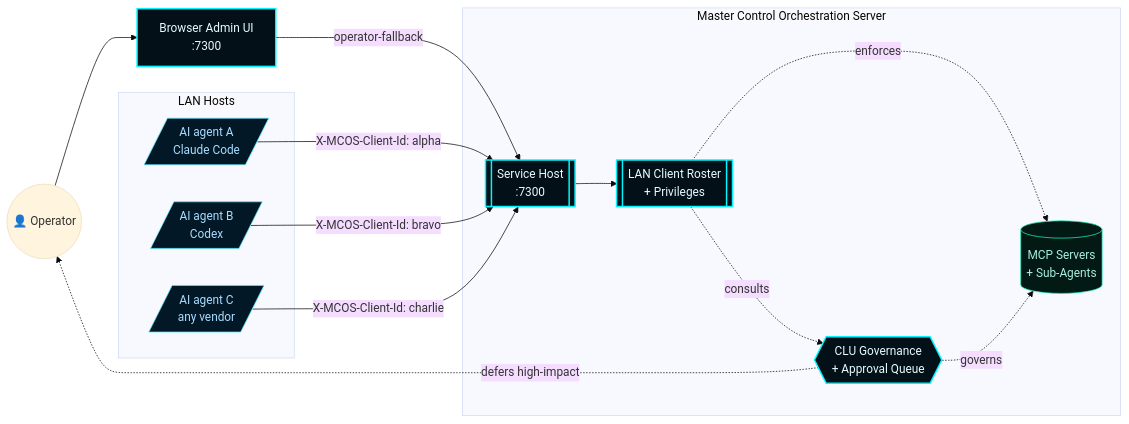
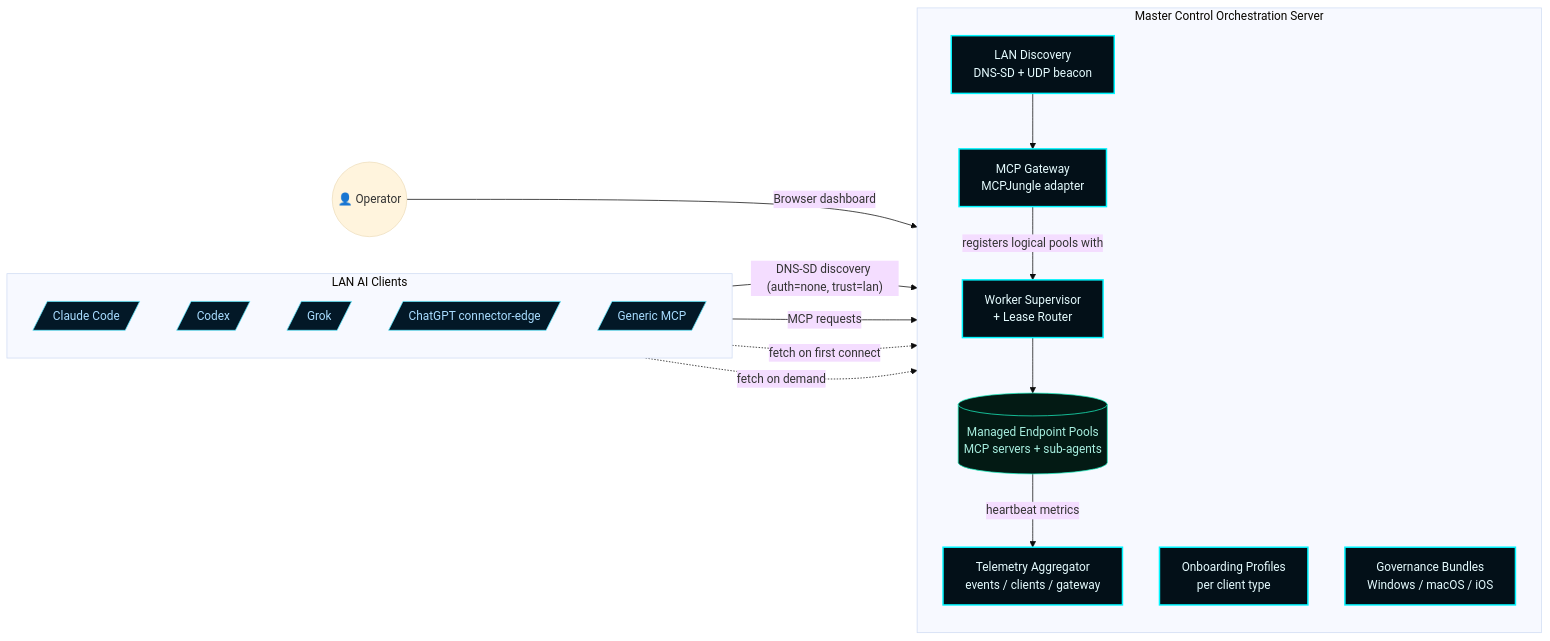
The diagram in docs/wiki/Home.md (flynn33/Master-Control-Orchestration-Server), drawn with Mermaid (base theme) before and after one commit. The commit also changed other lines of this file and 15 other files, not shown here.

````diff
--- a/docs/wiki/Home.md
+++ b/docs/wiki/Home.md
@@ -16,35 +16,39 @@
 ```mermaid
 flowchart LR
     classDef accent fill:#031018,stroke:#00F6FF,color:#E6FCFF,stroke-width:2px;
     classDef faint fill:#0a1018,stroke:#5A00E8,color:#8CB7C4;
     classDef client fill:#031827,stroke:#5AE8FF,color:#A8DCFF;
     classDef good fill:#031a14,stroke:#1cf2c1,color:#a8efe0;
 
     Operator((👤 Operator))
-    Browser[Browser Admin UI<br/>:7300]:::accent
 
-    subgraph Hosts[LAN Hosts]
-        AgentA[/AI agent A<br/>Claude Code/]:::client
-        AgentB[/AI agent B<br/>Codex/]:::client
-        AgentC[/AI agent C<br/>any vendor/]:::client
+    subgraph LANClients[LAN AI Clients]
+        direction TB
+        ClaudeCode[/Claude Code/]:::client
+        Codex[/Codex/]:::client
+        Grok[/Grok/]:::client
+        ChatGPT[/ChatGPT connector-edge/]:::client
+        Generic[/Generic MCP/]:::client
     end
 
     subgraph MCOS[Master Control Orchestration Server]
-        Service[[Service Host<br/>:7300]]:::accent
-        Identity[[LAN Client Roster<br/>+ Privileges]]:::accent
-        Catalog[(MCP Servers<br/>+ Sub-Agents)]:::good
-        CLU{{CLU Governance<br/>+ Approval Queue}}:::accent
+        direction TB
+        Discovery[LAN Discovery<br/>DNS-SD + UDP beacon]:::accent
+        Gateway[MCP Gateway<br/>MCPJungle adapter]:::accent
+        Onboarding[Onboarding Profiles<br/>per client type]:::accent
+        Governance[Governance Bundles<br/>Windows / macOS / iOS]:::accent
+        Supervisor[Worker Supervisor<br/>+ Lease Router]:::accent
+        Telemetry[Telemetry Aggregator<br/>events / clients / gateway]:::accent
+        Pools[(Managed Endpoint Pools<br/>MCP servers + sub-agents)]:::good
     end
 
-    Operator --> Browser
-    Browser -- "operator-fallback" --> Service
-    AgentA -- "X-MCOS-Client-Id: alpha" --> Service
-    AgentB -- "X-MCOS-Client-Id: bravo" --> Service
-    AgentC -- "X-MCOS-Client-Id: charlie" --> Service
-
-    Service --> Identity
-    Identity -. enforces .-> Catalog
-    Identity -. consults .-> CLU
-    CLU -. governs .-> Catalog
-    CLU -. defers high-impact .-> Operator
+    Operator -->|Browser dashboard| Telemetry
+    LANClients -->|"DNS-SD discovery (auth=none, trust=lan)"| Discovery
+    Discovery --> Gateway
+    LANClients -->|MCP requests| Gateway
+    Gateway -->|registers logical pools with| Supervisor
+    Supervisor --> Pools
+    Pools -->|heartbeat metrics| Telemetry
+    LANClients -.->|fetch on first connect| Onboarding
+    LANClients -.->|fetch on demand| Governance
 ```
````
